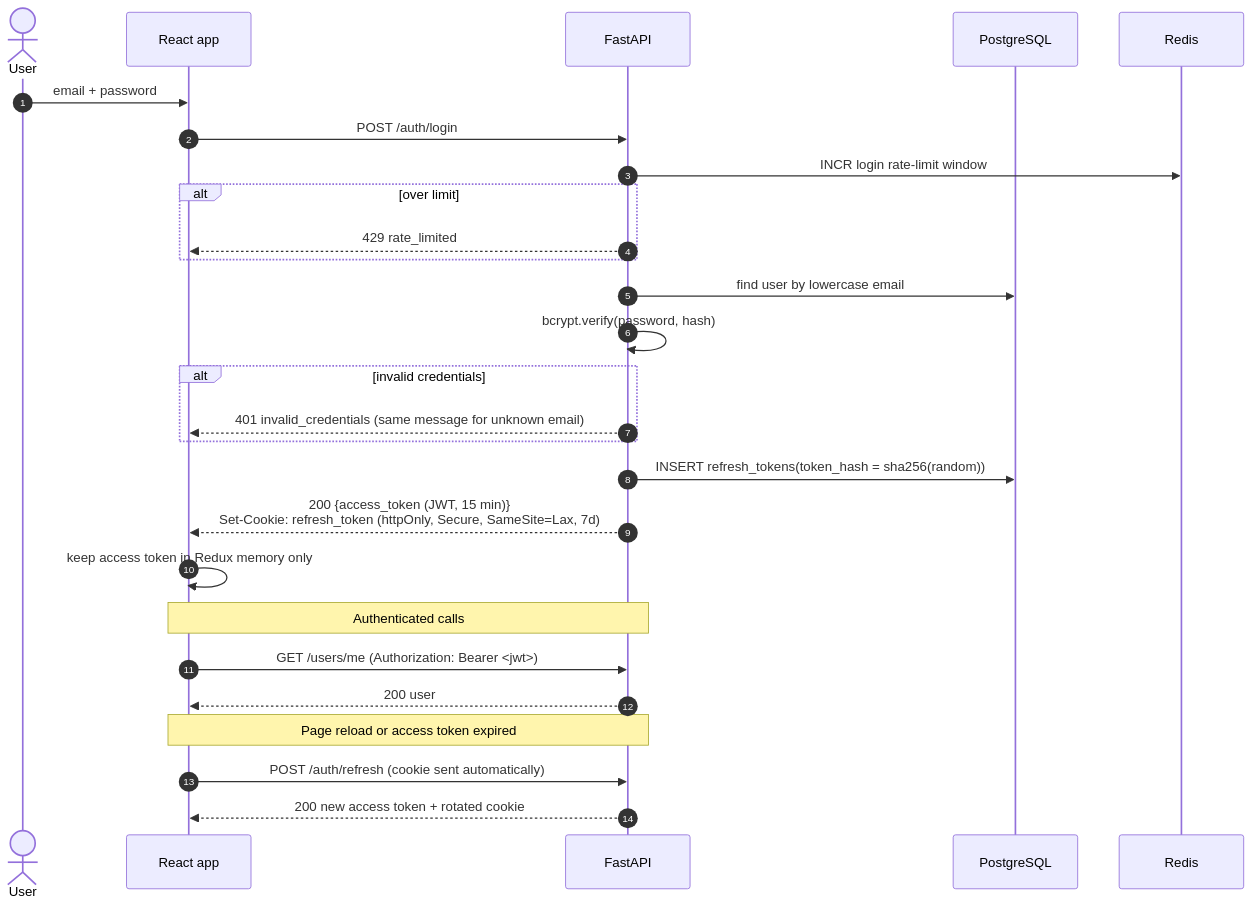
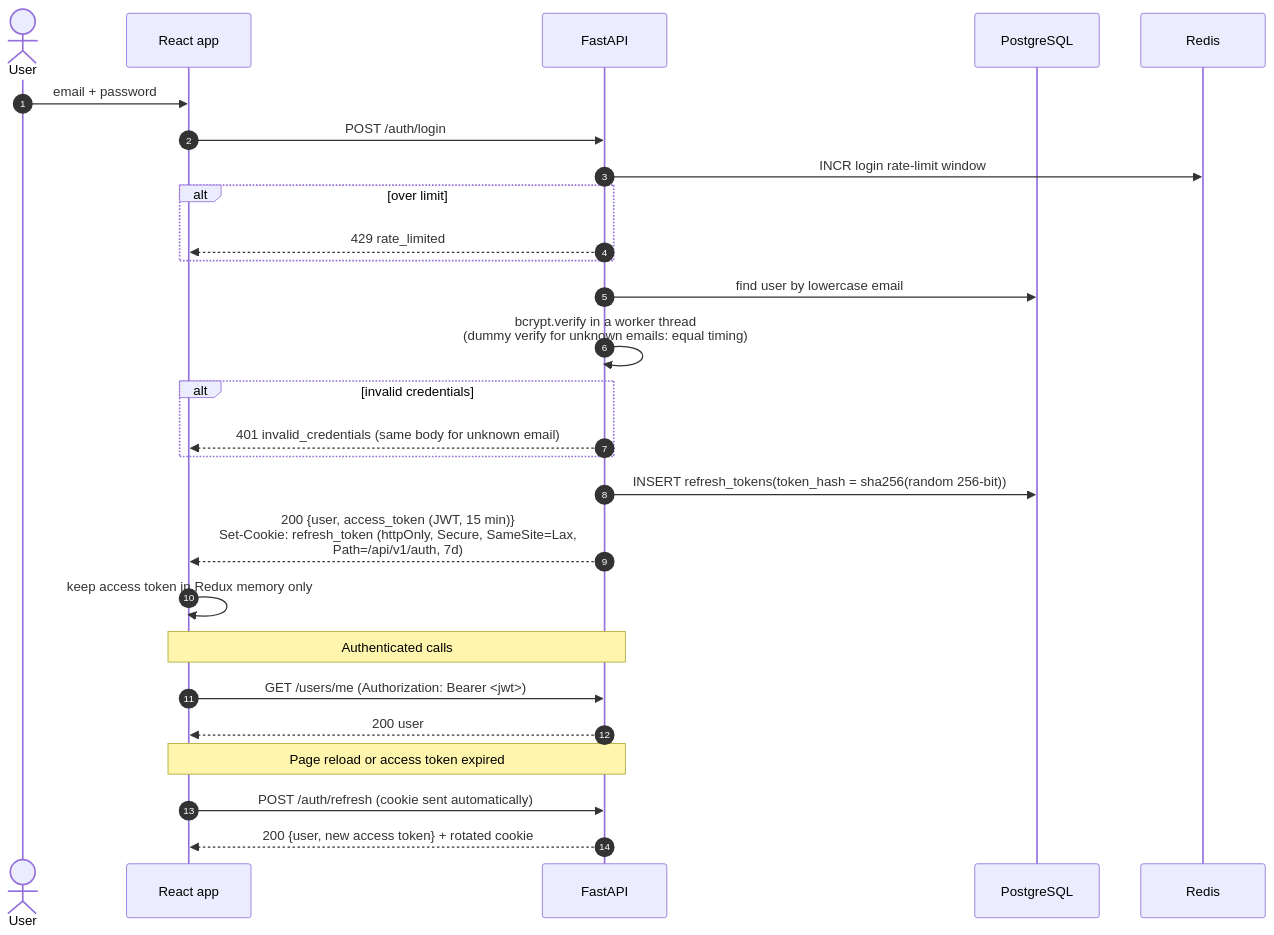
The fifth of 10 diagrams in docs/diagrams.md (shravanchk/chatgpt-clone), drawn with Mermaid before and after one commit. The commit also changed other lines of this file and 2 other files, not shown here.

Commit message:
docs: auth design, testing approach, re-auth diagram and new config

````diff
--- a/docs/diagrams.md
+++ b/docs/diagrams.md
@@ -164,32 +165,32 @@
 ```mermaid
 sequenceDiagram
     autonumber
     actor U as User
     participant FE as React app
     participant API as FastAPI
     participant DB as PostgreSQL
     participant RL as Redis
 
     U->>FE: email + password
     FE->>API: POST /auth/login
     API->>RL: INCR login rate-limit window
     alt over limit
         API-->>FE: 429 rate_limited
     end
     API->>DB: find user by lowercase email
-    API->>API: bcrypt.verify(password, hash)
+    API->>API: bcrypt.verify in a worker thread<br/>(dummy verify for unknown emails: equal timing)
     alt invalid credentials
-        API-->>FE: 401 invalid_credentials (same message for unknown email)
+        API-->>FE: 401 invalid_credentials (same body for unknown email)
     end
-    API->>DB: INSERT refresh_tokens(token_hash = sha256(random))
-    API-->>FE: 200 {access_token (JWT, 15 min)}<br/>Set-Cookie: refresh_token (httpOnly, Secure, SameSite=Lax, 7d)
+    API->>DB: INSERT refresh_tokens(token_hash = sha256(random 256-bit))
+    API-->>FE: 200 {user, access_token (JWT, 15 min)}<br/>Set-Cookie: refresh_token (httpOnly, Secure, SameSite=Lax,<br/>Path=/api/v1/auth, 7d)
     FE->>FE: keep access token in Redux memory only
 
     Note over FE,API: Authenticated calls
     FE->>API: GET /users/me (Authorization: Bearer <jwt>)
     API-->>FE: 200 user
 
     Note over FE,API: Page reload or access token expired
     FE->>API: POST /auth/refresh (cookie sent automatically)
-    API-->>FE: 200 new access token + rotated cookie
+    API-->>FE: 200 {user, new access token} + rotated cookie
 ```
````
